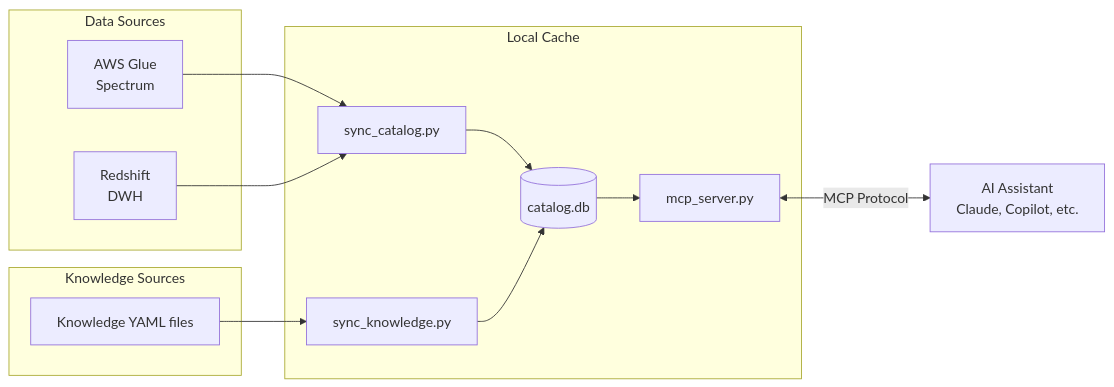
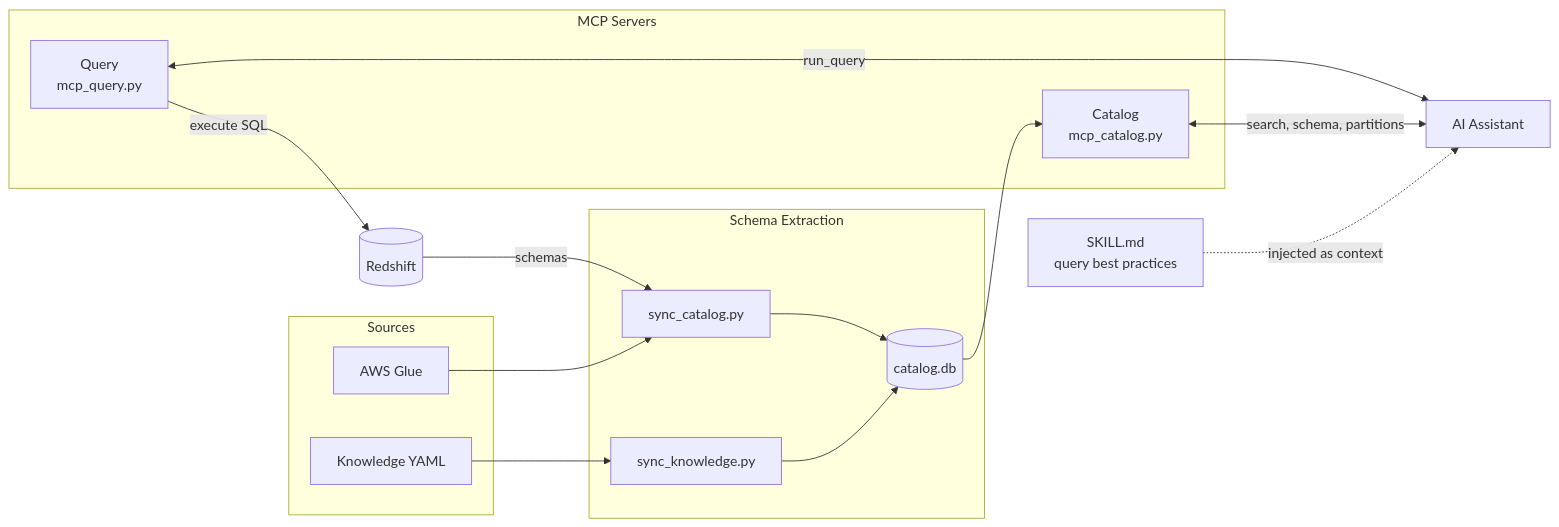
One commit to ericabertugli/redshift-query-pilot changed the diagram in README.md. Above: the diagram before and after it, drawn with Mermaid. The commit also changed other lines of this file and 4 other files, not shown here.

First line of the commit message:
Separate concerns: Skill vs mcp_catalog vs mcp_query (#6)

````diff
--- a/README.md
+++ b/README.md
@@ -26,28 +44,33 @@
 ```mermaid
 flowchart LR
-    subgraph Data Sources
-        Glue[AWS Glue<br/>Spectrum]
-        RS[Redshift<br/>DWH]
+    subgraph Sources
+        Glue[AWS Glue]
+        YAML[Knowledge YAML]
     end
 
-    subgraph Local Cache
+    subgraph "Schema Extraction"
         Sync[sync_catalog.py]
         KSync[sync_knowledge.py]
         DB[(catalog.db)]
-        MCP[mcp_server.py]
     end
 
-    subgraph Knowledge Sources
-        YAML[Knowledge YAML files]
+    subgraph "MCP Servers"
+        CAT[Catalog<br/>mcp_catalog.py]
+        QRY[Query<br/>mcp_query.py]
     end
 
-    AI[AI Assistant<br/>Claude, Copilot, etc.]
+    RS[(Redshift)]
+    Skill[SKILL.md<br/>query best practices]
+    AI[AI Assistant]
 
     Glue --> Sync
-    RS --> Sync
+    RS -->|schemas| Sync
     Sync --> DB
     YAML --> KSync
     KSync --> DB
-    DB --> MCP
-    MCP <-->|MCP Protocol| AI
+    DB --> CAT
+    CAT <-->|search, schema, partitions| AI
+    QRY <-->|run_query| AI
+    QRY -->|execute SQL| RS
+    Skill -.->|injected as context| AI
 ```
````
